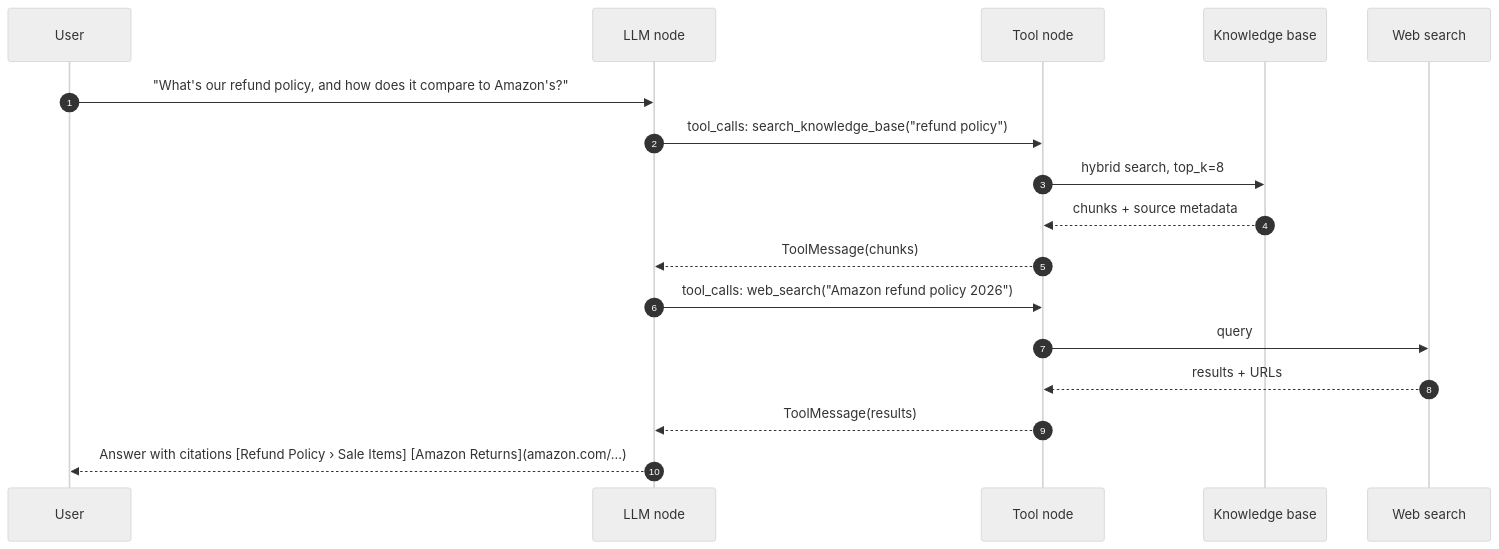
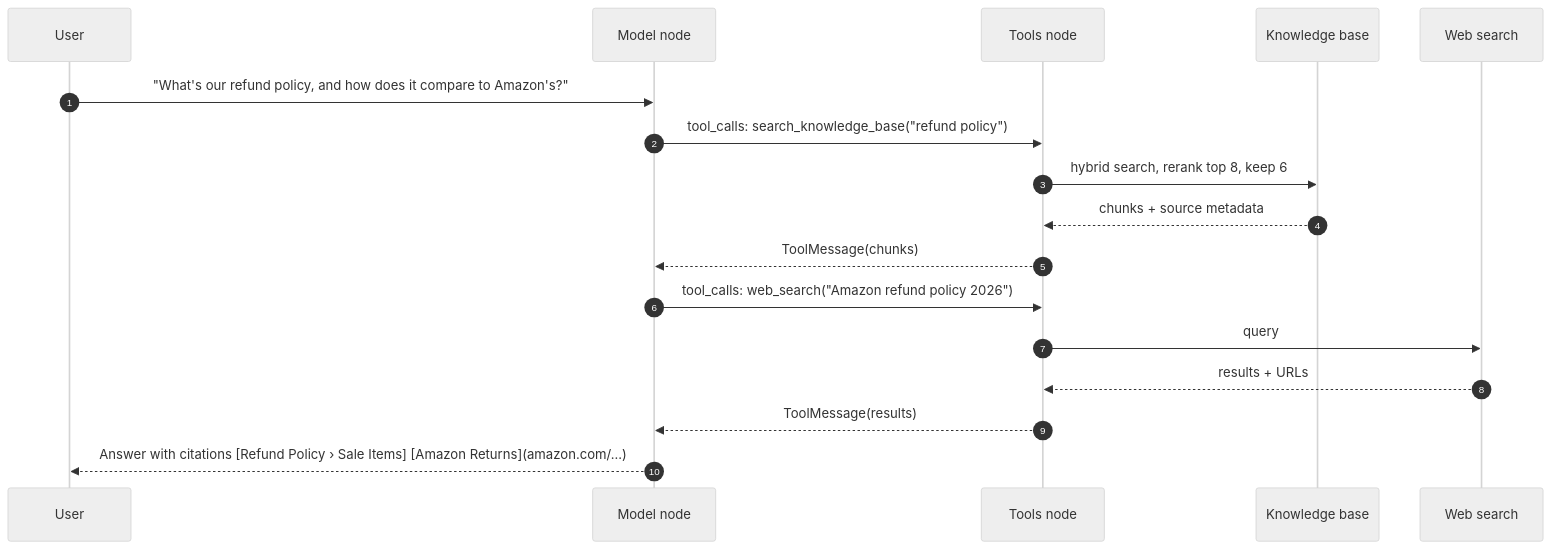
Before and after one commit to Anirudh1905/agentic-ai-chatbot: the second of 2 diagrams in docs/phase-2-tools-rag-web-search.md, drawn with Mermaid (neutral theme). The commit also changed other lines of this file and 37 other files, not shown here.

````diff
--- a/docs/phase-2-tools-rag-web-search.md
+++ b/docs/phase-2-tools-rag-web-search.md
@@ -48,20 +48,20 @@
 ```mermaid
 sequenceDiagram
     autonumber
     participant U as User
-    participant L as LLM node
-    participant T as Tool node
+    participant L as Model node
+    participant T as Tools node
     participant KB as Knowledge base
     participant W as Web search
 
     U->>L: "What's our refund policy, and how does it compare to Amazon's?"
     L->>T: tool_calls: search_knowledge_base("refund policy")
-    T->>KB: hybrid search, top_k=8
+    T->>KB: hybrid search, rerank top 8, keep 6
     KB-->>T: chunks + source metadata
     T-->>L: ToolMessage(chunks)
     L->>T: tool_calls: web_search("Amazon refund policy 2026")
     T->>W: query
     W-->>T: results + URLs
     T-->>L: ToolMessage(results)
     L-->>U: Answer with citations [Refund Policy › Sale Items] [Amazon Returns](amazon.com/...)
 ```
````
